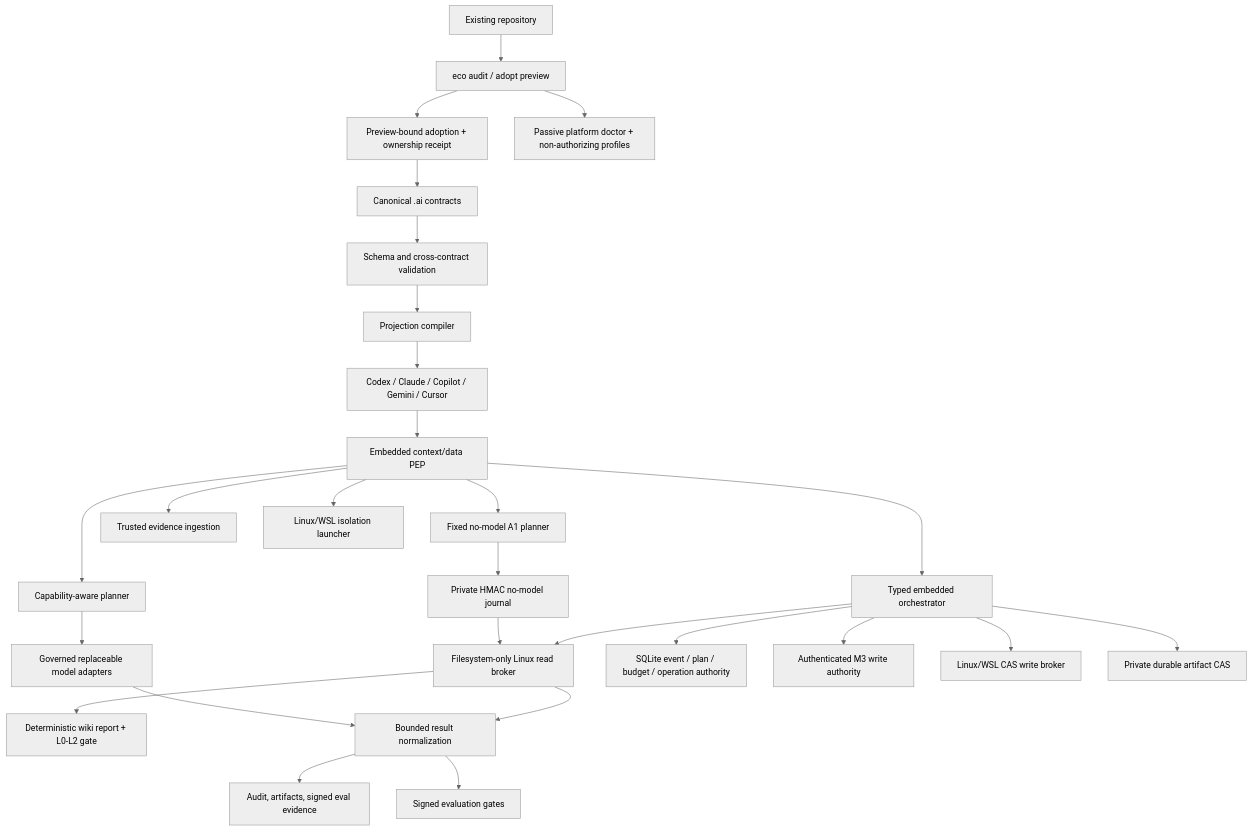
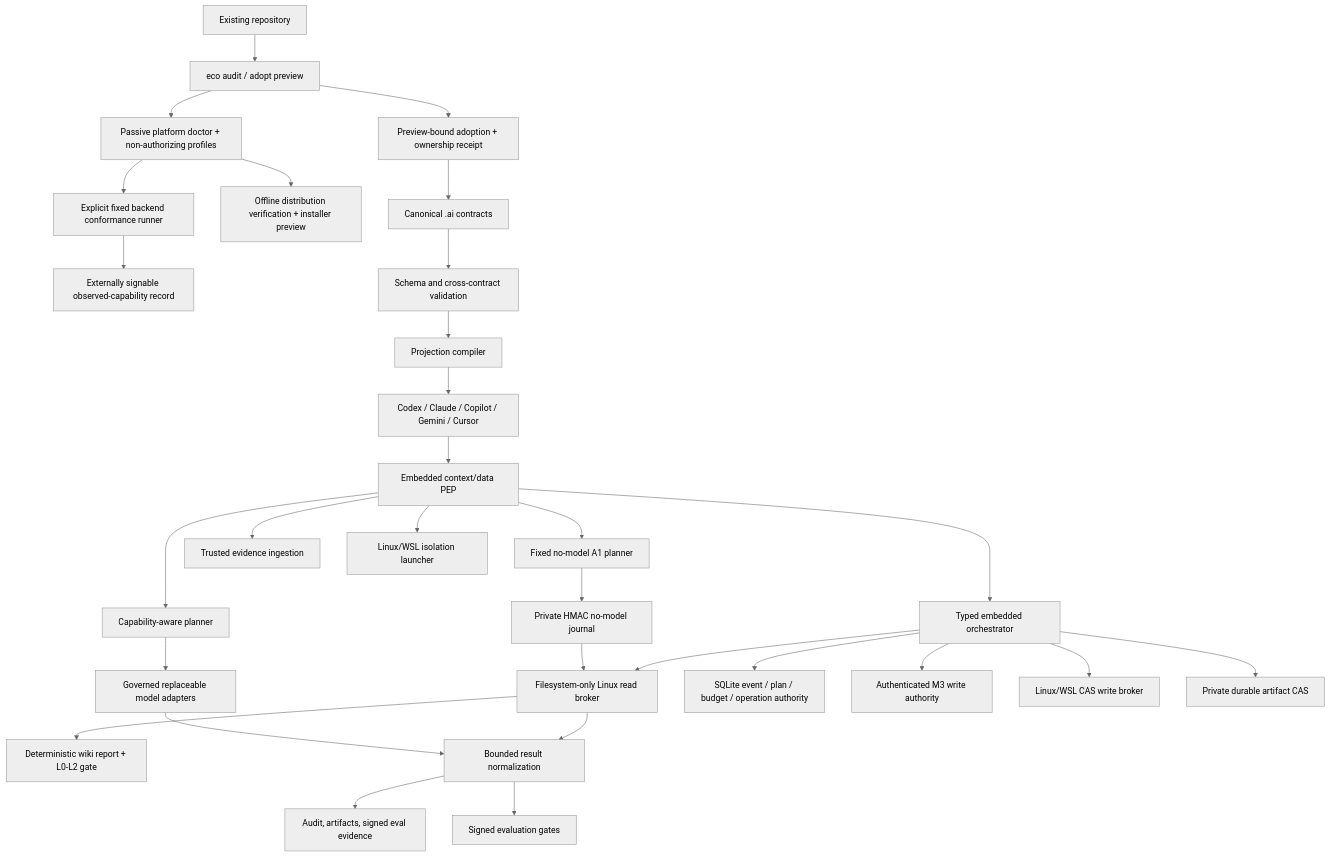
Before and after one commit to cyberdid/ecosystem: the diagram in docs/architecture/README.md, drawn with Mermaid (neutral theme). The commit also changed other lines of this file and 29 other files, not shown here.

Commit message:
feat: complete m4 portability and backend conformance

````diff
--- a/docs/architecture/README.md
+++ b/docs/architecture/README.md
@@ -9,30 +9,33 @@
 ```mermaid
 flowchart TB
     R["Existing repository"] --> A["eco audit / adopt preview"]
     A --> AP["Preview-bound adoption + ownership receipt"]
     AP --> C["Canonical .ai contracts"]
     A --> PLATFORM["Passive platform doctor + non-authorizing profiles"]
+    PLATFORM --> DIST["Offline distribution verification + installer preview"]
+    PLATFORM --> CONF["Explicit fixed backend conformance runner"]
+    CONF --> PEVIDENCE["Externally signable observed-capability record"]
     C --> V["Schema and cross-contract validation"]
     V --> P["Projection compiler"]
     P --> H["Codex / Claude / Copilot / Gemini / Cursor"]
 
     H --> DPEP["Embedded context/data PEP"]
     DPEP --> ROUTER["Capability-aware planner"]
     ROUTER --> ADAPTERS["Governed replaceable model adapters"]
     DPEP --> ORCH["Typed embedded orchestrator"]
     DPEP --> NOMODEL["Fixed no-model A1 planner"]
     NOMODEL --> NMJOURNAL["Private HMAC no-model journal"]
     NMJOURNAL --> BROKER
     BROKER --> NMEVAL["Deterministic wiki report + L0-L2 gate"]
     ORCH --> STORE["SQLite event / plan / budget / operation authority"]
     ORCH --> BROKER["Filesystem-only Linux read broker"]
     ORCH --> WRITEAUTH["Authenticated M3 write authority"]
     ORCH --> WRITEBROKER["Linux/WSL CAS write broker"]
     ORCH --> CAS["Private durable artifact CAS"]
     DPEP --> EVIDENCE["Trusted evidence ingestion"]
     DPEP --> ISOLATION["Linux/WSL isolation launcher"]
     ADAPTERS --> OUT["Bounded result normalization"]
     BROKER --> OUT
     OUT --> AUDIT["Audit, artifacts, signed eval evidence"]
     OUT --> EVAL["Signed evaluation gates"]
 ```
````
